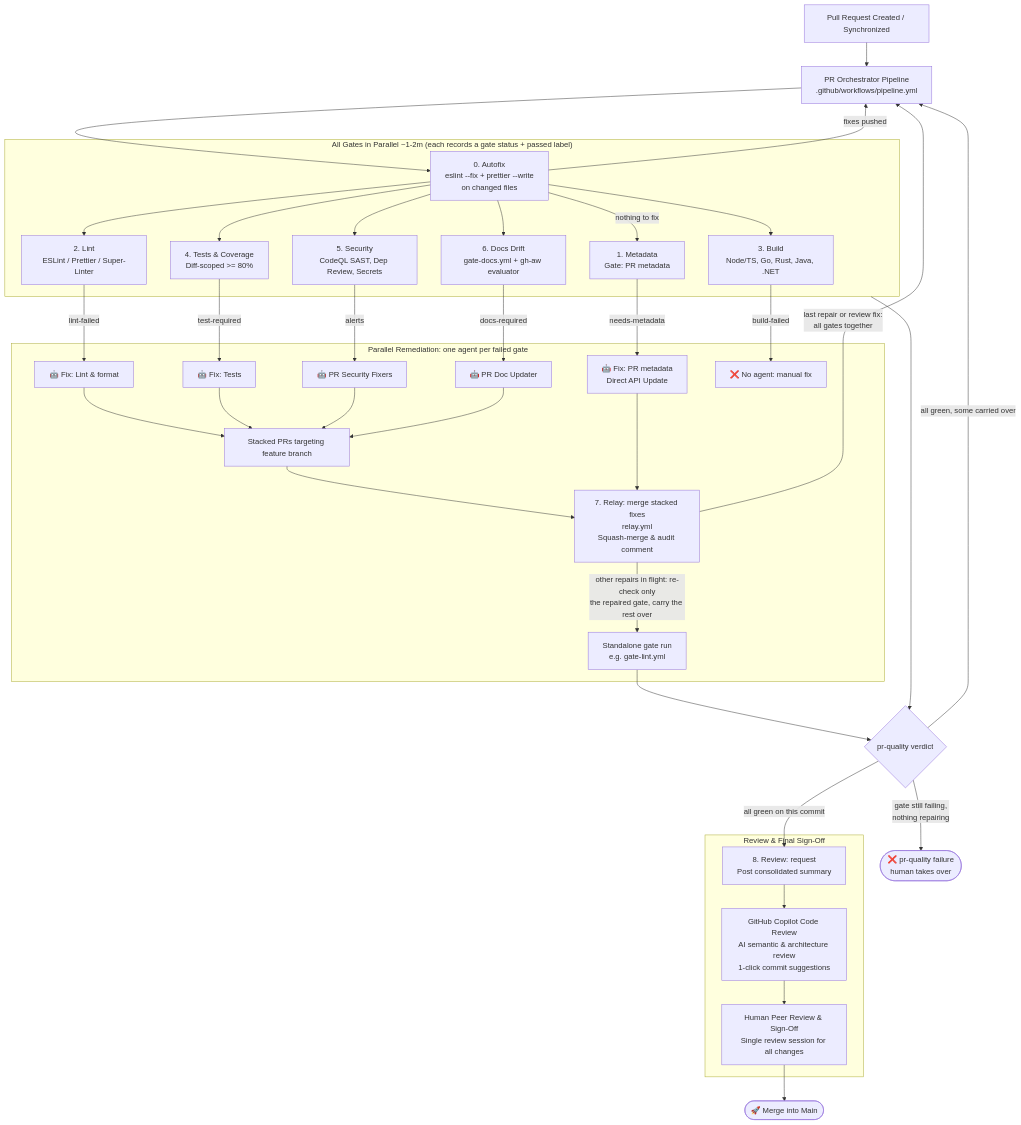
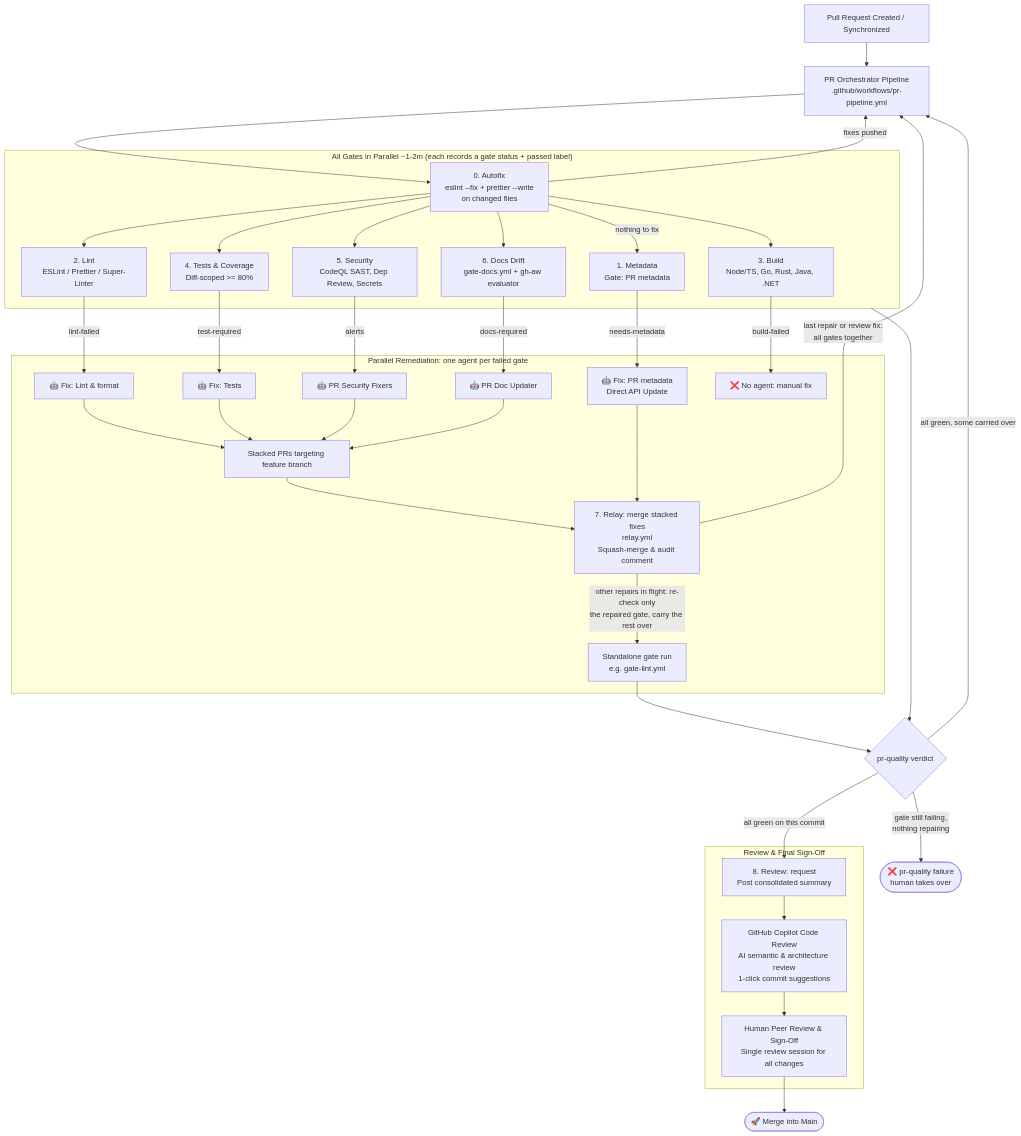
Before and after one commit to SitoaderOrg/ForgeFlow: the diagram in docs/mermaid/pr_qa_pipeline.mermaid, drawn with Mermaid. The commit also changed 13 other files, not shown here.

```diff
--- a/docs/mermaid/pr_qa_pipeline.mermaid
+++ b/docs/mermaid/pr_qa_pipeline.mermaid
@@ -1,39 +1,39 @@
 flowchart TD
-    PR[Pull Request Created / Synchronized] --> Pipeline[PR Orchestrator Pipeline\n.github/workflows/pipeline.yml]
+    PR[Pull Request Created / Synchronized] --> Pipeline[PR Orchestrator Pipeline\n.github/workflows/pr-pipeline.yml]
     Pipeline --> Autofix[0. Autofix\neslint --fix + prettier --write\non changed files]
     Autofix -->|fixes pushed| Pipeline
 
     subgraph Gates ["All Gates in Parallel ~1-2m (each records a gate status + passed label)"]
         Autofix -->|nothing to fix| Gate[1. Metadata\nGate: PR metadata]
         Autofix --> Lint[2. Lint\nESLint / Prettier / Super-Linter]
         Autofix --> Build[3. Build\nNode/TS, Go, Rust, Java, .NET]
         Autofix --> Tests[4. Tests & Coverage\nDiff-scoped >= 80%]
         Autofix --> Security[5. Security\nCodeQL SAST, Dep Review, Secrets]
         Autofix --> DocEval[6. Docs Drift\ngate-docs.yml + gh-aw evaluator]
     end
 
     subgraph Remediation ["Parallel Remediation: one agent per failed gate"]
         Gate -->|needs-metadata| FixMeta[🤖 Fix: PR metadata\nDirect API Update]
         Lint -->|lint-failed| FixLint[🤖 Fix: Lint & format]
         Tests -->|test-required| AgentTest[🤖 Fix: Tests]
         Security -->|alerts| AgentSec[🤖 PR Security Fixers]
         DocEval -->|docs-required| AgentDoc[🤖 PR Doc Updater]
         Build -->|build-failed| BlockBuild[❌ No agent: manual fix]
         FixLint & AgentTest & AgentSec & AgentDoc --> StackedPRs[Stacked PRs targeting feature branch]
         StackedPRs & FixMeta --> Relay[7. Relay: merge stacked fixes\nrelay.yml\nSquash-merge & audit comment]
         Relay -->|other repairs in flight: re-check only\nthe repaired gate, carry the rest over| Recheck[Standalone gate run\ne.g. gate-lint.yml]
     end
     Relay -->|last repair or review fix:\nall gates together| Pipeline
 
     Gates --> Verdict{pr-quality verdict}
     Recheck --> Verdict
     Verdict -->|gate still failing,\nnothing repairing| Fail([❌ pr-quality failure\nhuman takes over])
     Verdict -->|all green, some carried over| Pipeline
     Verdict -->|all green on this commit| Dispatcher
 
     subgraph Code_Review [Review & Final Sign-Off]
         Dispatcher[8. Review: request\nPost consolidated summary] --> CopilotReview[GitHub Copilot Code Review\nAI semantic & architecture review\n1-click commit suggestions]
         CopilotReview --> HumanReview[Human Peer Review & Sign-Off\nSingle review session for all changes]
     end
 
     HumanReview --> Merge([🚀 Merge into Main])
```
